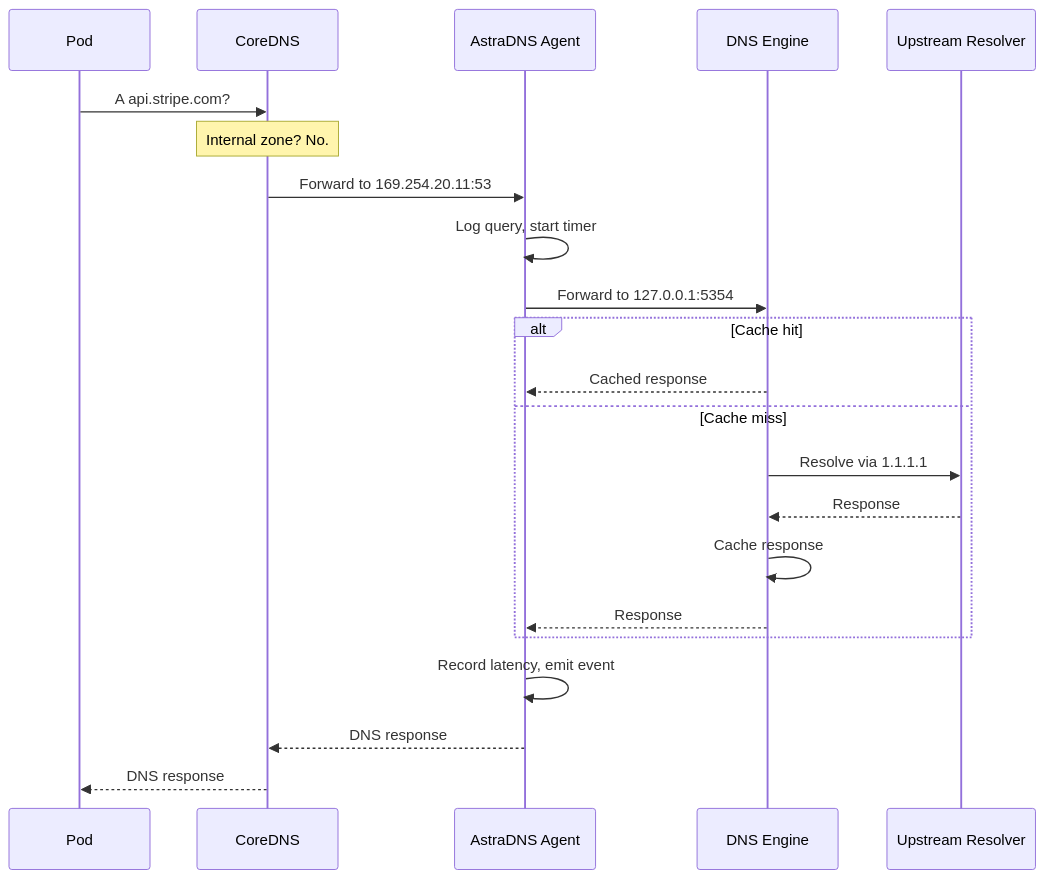
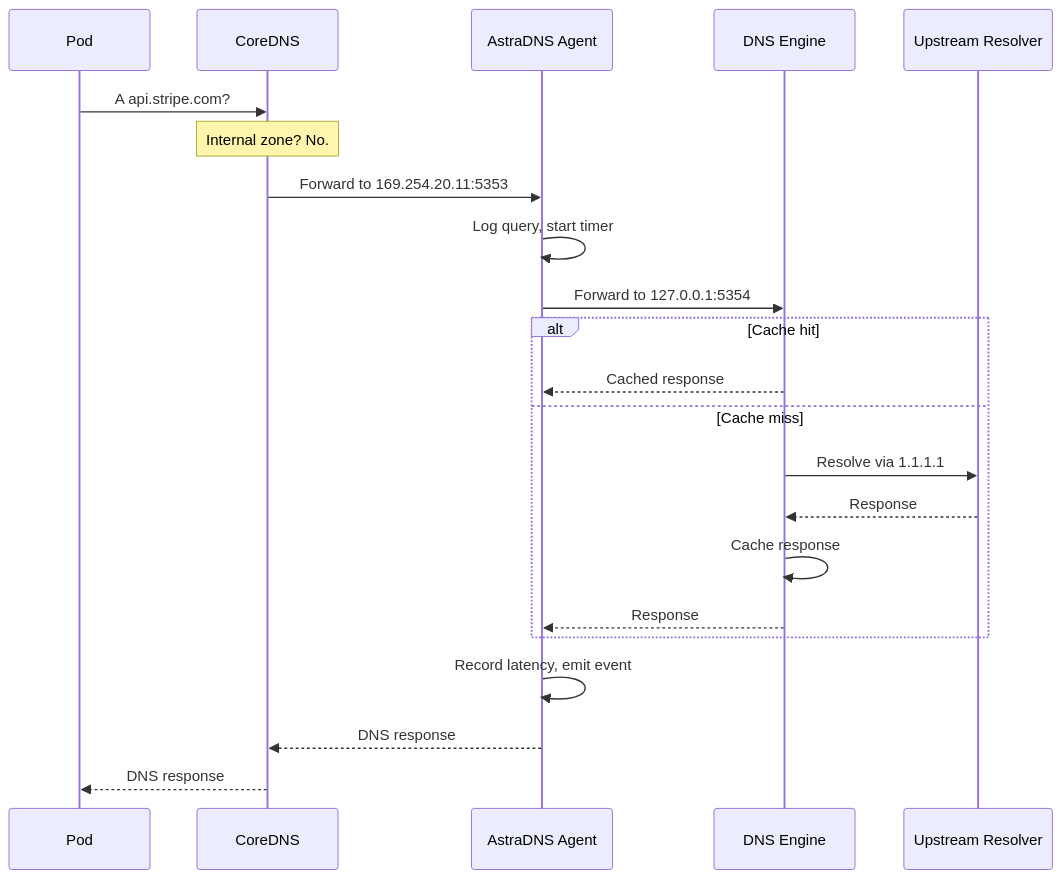
Before and after one commit to astradns/astradns-site: the diagram in docs/es/architecture/data-path.md, drawn with Mermaid. The commit also changed other lines of this file and 47 other files, not shown here.

Commit message:
docs(site): reconcile topology and runbook docs with chart behavior

````diff
--- a/docs/es/architecture/data-path.md
+++ b/docs/es/architecture/data-path.md
@@ -7,25 +7,25 @@
 ```mermaid
 sequenceDiagram
     participant Pod
     participant CoreDNS
     participant Agent as AstraDNS Agent
     participant Engine as DNS Engine
     participant Upstream as Upstream Resolver
 
     Pod->>CoreDNS: A api.stripe.com?
     Note over CoreDNS: Internal zone? No.
-    CoreDNS->>Agent: Forward to 169.254.20.11:53
+    CoreDNS->>Agent: Forward to 169.254.20.11:5353
     Agent->>Agent: Log query, start timer
     Agent->>Engine: Forward to 127.0.0.1:5354
     alt Cache hit
         Engine-->>Agent: Cached response
     else Cache miss
         Engine->>Upstream: Resolve via 1.1.1.1
         Upstream-->>Engine: Response
         Engine->>Engine: Cache response
         Engine-->>Agent: Response
     end
     Agent->>Agent: Record latency, emit event
     Agent-->>CoreDNS: DNS response
     CoreDNS-->>Pod: DNS response
 ```
````
